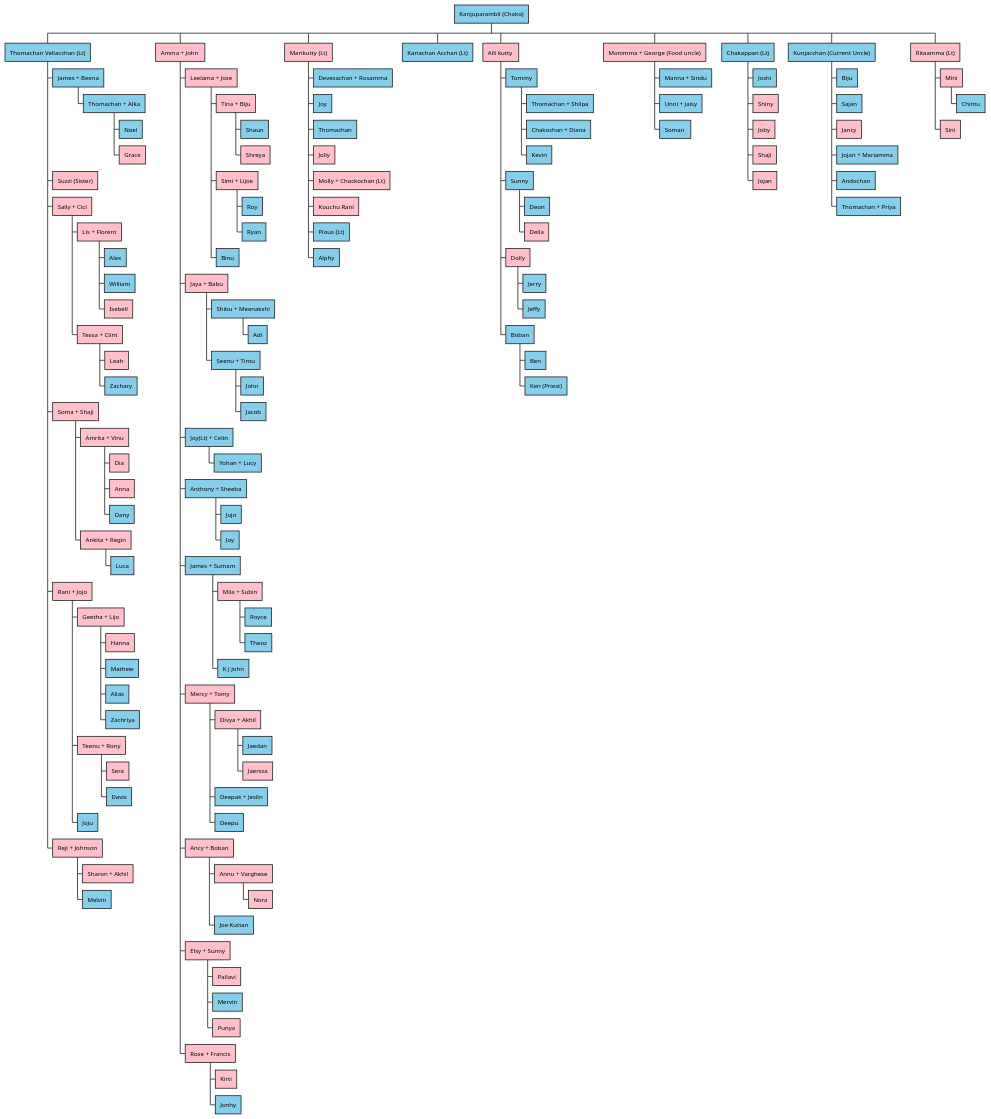
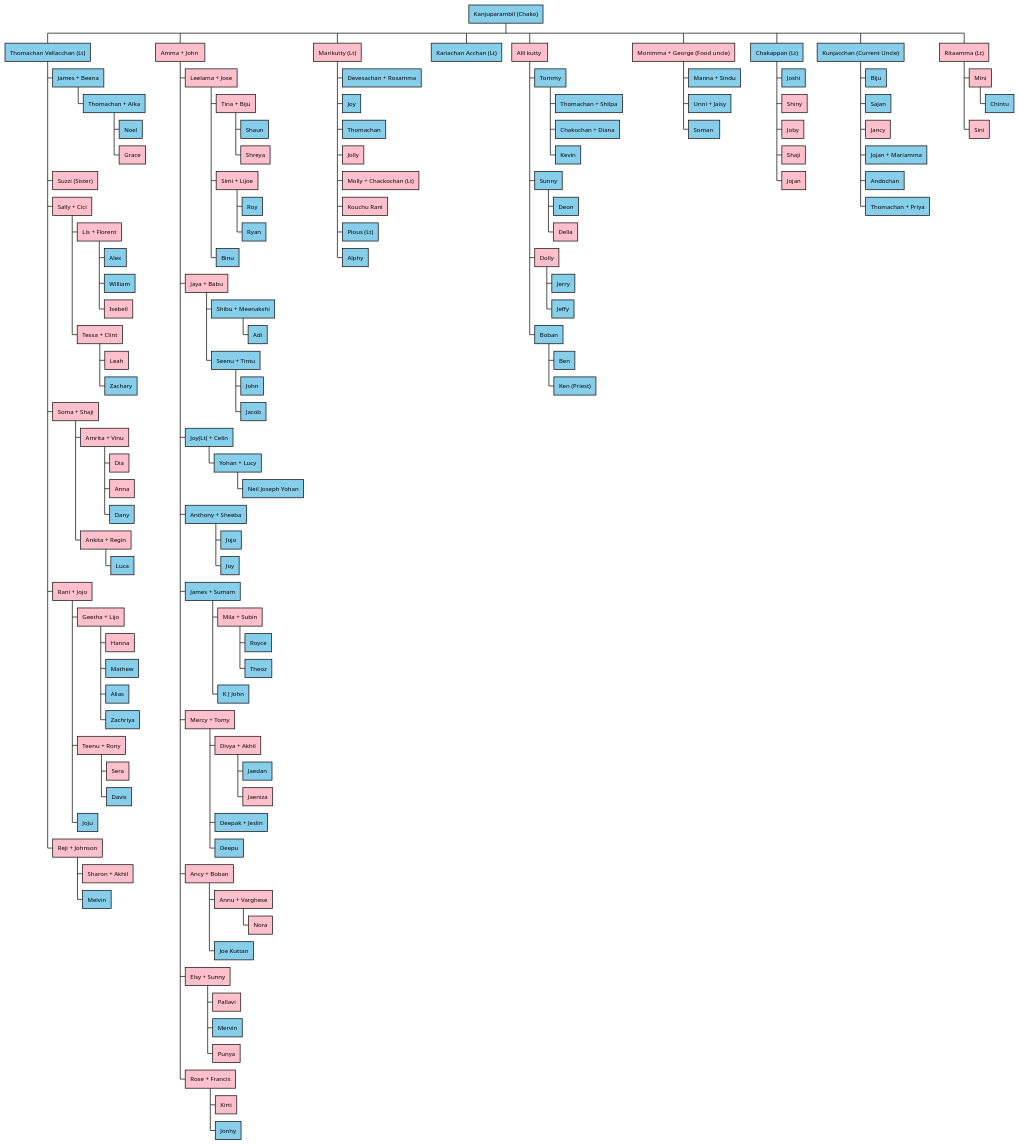
One commit to SeenuMathew/familyTree changed the diagram in Mum_Amma/Mum_Amma/Mum_Amma.puml. Above: the diagram before and after it, drawn with PlantUML. The commit also changed 9 other files, not shown here.

```diff
--- a/Mum_Amma/Mum_Amma/Mum_Amma.puml
+++ b/Mum_Amma/Mum_Amma/Mum_Amma.puml
@@ -1,135 +1,136 @@
 @startwbs
 *[#SkyBlue]  Kanjuparambil (Chako)
 **[#SkyBlue]  Thomachan Vellacchan (Lt)
 ***[#SkyBlue]  James + Beena
 ****[#SkyBlue]  Thomachan + Alka
 *****[#SkyBlue]  Noel
 *****[#pink]  Grace
 ***[#pink] Suzzi (Sister)
 ***[#pink] Sally + Cici
 ****[#pink] Lis + Florent
 *****[#SkyBlue] Alex
 *****[#SkyBlue] William
 *****[#pink] Isebell
 ****[#pink] Tessa + Clint
 *****[#pink] Leah
 *****[#SkyBlue] Zachary
 ***[#pink] Soma + Shaji
 ****[#pink] Amrita + Vinu
 *****[#pink] Dia
 *****[#pink] Anna
 *****[#SkyBlue] Dany
 ****[#pink] Ankita + Regin
 *****[#SkyBlue] Luca
 ***[#pink] Rani + Jojo
 ****[#pink] Geetha + Lijo
 *****[#pink] Hanna
 *****[#SkyBlue] Mathew
 *****[#SkyBlue] Alias
 *****[#SkyBlue] Zachriya
 ****[#pink] Teenu + Rony
 *****[#pink] Sera
 *****[#SkyBlue] Davis
 ****[#SkyBlue] Joju
 ***[#pink] Reji + Johnson
 ****[#pink] Sharon + Akhil
 ****[#SkyBlue] Melvin
 
 **[#pink] Amma + John 
 ***[#pink] Leelama + Jose
 ****[#pink] Tina + Biju
 *****[#SkyBlue] Shaun
 *****[#pink] Shreya
 ****[#pink] Simi + Lijoe
 *****[#SkyBlue] Roy
 *****[#SkyBlue] Ryan
 ****[#SkyBlue] Binu
 ***[#pink] Jaya + Babu
 ****[#SkyBlue] Shibu + Meenakshi
 *****[#SkyBlue] Adi
 ****[#SkyBlue] Seenu + Tintu
 *****[#SkyBlue] John
 *****[#SkyBlue] Jacob
 ***[#SkyBlue] Joy(Lt) + Celin
 ****[#SkyBlue] Yohan + Lucy
+*****[#SkyBlue] Neil Joseph Yohan
 ***[#SkyBlue] Anthony + Sheeba
 ****[#SkyBlue] Jojo
 ****[#SkyBlue] Joy
 ***[#SkyBlue] James + Sumam
 ****[#pink] Mila + Subin
 *****[#SkyBlue] Royce
 *****[#SkyBlue] Theoz
 ****[#SkyBlue] K J John
 ***[#pink] Mercy + Tomy
 ****[#pink] Divya + Akhil
 *****[#SkyBlue] Jaedan
 *****[#pink] Jaeniza
 ****[#SkyBlue] Deepak + Jeslin
 ****[#SkyBlue] Deepu
 ***[#pink] Ancy + Boban
 ****[#pink] Annu + Varghese
 *****[#pink] Nora
 ****[#SkyBlue] Joe Kuttan
 ***[#pink] Elsy + Sunny
 ****[#pink] Pallavi
 ****[#SkyBlue] Mervin
 ****[#pink] Punya
 ***[#pink] Rose + Francis
 ****[#pink] Kirti
 ****[#SkyBlue] Jonhy
 
 
 **[#pink] Marikutty (Lt)
 ***[#SkyBlue]  Devesachan + Rosamma
 ***[#SkyBlue] Joy
 ***[#SkyBlue] Thomachan
 ***[#pink] Jolly
 ***[#pink] Molly + Chackochan (Lt)
 ***[#pink] Kouchu Rani
 ***[#SkyBlue] Pious (Lt)
 ***[#SkyBlue] Alphy
 
 **[#SkyBlue]  Kariachan Acchan (Lt)
 
 **[#pink] Alli kutty 
 ***[#SkyBlue]  Tommy
 ****[#SkyBlue] Thomachan + Shilpa
 ****[#SkyBlue] Chakochan + Diana
 ****[#SkyBlue] Kevin
 ***[#SkyBlue]  Sunny
 ****[#SkyBlue]  Deon
 ****[#pink]  Della
 ***[#pink]  Dolly
 ****[#SkyBlue]  Jerry
 ****[#SkyBlue]  Jeffy
 ***[#SkyBlue]  Boban
 ****[#SkyBlue]  Ben
 ****[#SkyBlue]  Ken (Priest)
 
 **[#pink] Monimma + George (Food uncle)
 ***[#SkyBlue]  Manna + Sindu
 ***[#SkyBlue]  Unni + Jaisy
 ***[#SkyBlue]  Soman 
 
 
 **[#SkyBlue]  Chakappan (Lt)
 ***[#SkyBlue]  Joshi
 ***[#pink] Shiny
 ***[#pink] Joby
 ***[#pink] Shaji
 ***[#pink] Jojan
 
 **[#SkyBlue]  Kunjacchan (Current Uncle)
 ***[#SkyBlue]  Biju
 ***[#SkyBlue]  Sajan
 ***[#pink] Jancy
 ***[#SkyBlue]  Jojan + Mariamma
 ***[#SkyBlue] Andochan
 ***[#SkyBlue]  Thomachan + Priya
 
 **[#pink] Ritaamma (Lt)
 ***[#pink] Mini
 ****[#SkyBlue] Chintu
 ***[#pink] Sini
 
 @endwbs
```
